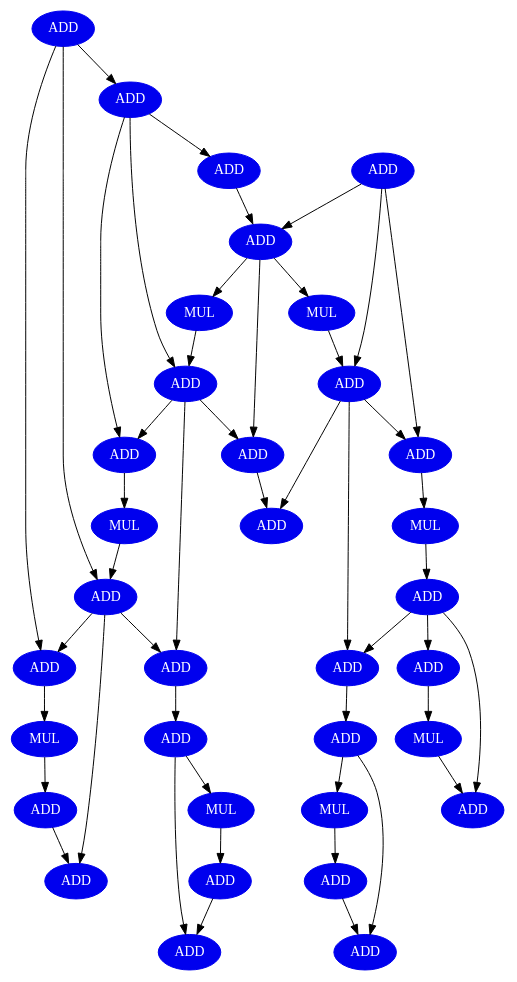
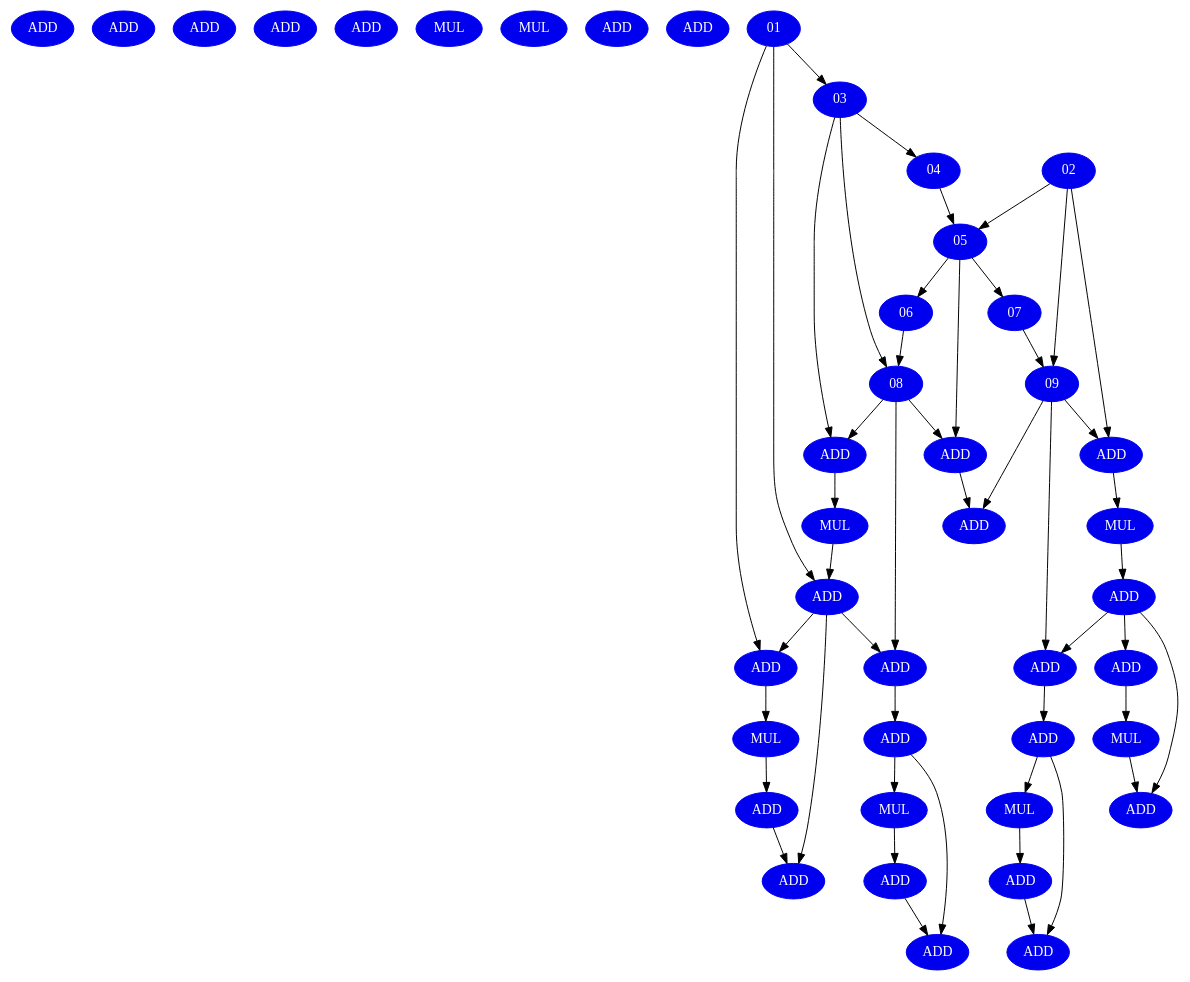
The diagram in benchmark/ewf.dot (zephyr2k/project_nitd_clock), drawn with Graphviz before and after one commit. The commit also changed 1 other file, not shown here.

```diff
--- a/benchmark/ewf.dot
+++ b/benchmark/ewf.dot
@@ -1,84 +1,84 @@
 digraph ewf {
     node [fontcolor=white,style=filled,color=blue2];
      1 [label = ADD ];
      2 [label = ADD ];
      3 [label = ADD ];
      4 [label = ADD ];
      5 [label = ADD ];
      6 [label = MUL ];
      7 [label = MUL ];
      8 [label = ADD ];
      9 [label = ADD ];
      10 [label = ADD ];
      11 [label = ADD ];
      12 [label = ADD ];
      13 [label = MUL ];
      14 [label = ADD ];
      15 [label = MUL ];
      16 [label = ADD ];
      17 [label = ADD ];
      18 [label = ADD ];
      19 [label = ADD ];
      20 [label = ADD ];
      21 [label = ADD ];
      22 [label = MUL ];
      23 [label = ADD ];
      24 [label = ADD ];
      25 [label = MUL ];
      26 [label = ADD ];
      27 [label = MUL ];
      28 [label = MUL ];
      29 [label = ADD ];
      30 [label = ADD ];
      31 [label = ADD ];
      32 [label = ADD ];
      33 [label = ADD ];
      34 [label = ADD ];
-     1 -> 3 [ name=0 ];
-     1 -> 16 [ name=1 ];
-     1 -> 18 [ name=2 ];
-     2 -> 5 [ name=3 ];
-     2 -> 9 [ name=4 ];
-     2 -> 12 [ name=5 ];
-     3 -> 4 [ name=6 ];
-     3 -> 8 [ name=7 ];
-     3 -> 10 [ name=8 ];
-     4 -> 5 [ name=9 ];
-     5 -> 6 [ name=10 ];
-     5 -> 7 [ name=11 ];
-     5 -> 11 [ name=12 ];
-     6 -> 8 [ name=13 ];
-     7 -> 9 [ name=14 ];
-     8 -> 10 [ name=15 ];
-     8 -> 11 [ name=16 ];
-     8 -> 19 [ name=17 ];
-     9 -> 12 [ name=18 ];
-     9 -> 14 [ name=19 ];
-     9 -> 20 [ name=20 ];
+     01 -> 03 [ name=0 ];
+     01 -> 16 [ name=1 ];
+     01 -> 18 [ name=2 ];
+     02 -> 05 [ name=3 ];
+     02 -> 09 [ name=4 ];
+     02 -> 12 [ name=5 ];
+     03 -> 04 [ name=6 ];
+     03 -> 08 [ name=7 ];
+     03 -> 10 [ name=8 ];
+     04 -> 05 [ name=9 ];
+     05 -> 06 [ name=10 ];
+     05 -> 07 [ name=11 ];
+     05 -> 11 [ name=12 ];
+     06 -> 08 [ name=13 ];
+     07 -> 09 [ name=14 ];
+     08 -> 10 [ name=15 ];
+     08 -> 11 [ name=16 ];
+     08 -> 19 [ name=17 ];
+     09 -> 12 [ name=18 ];
+     09 -> 14 [ name=19 ];
+     09 -> 20 [ name=20 ];
      10 -> 13 [ name=21 ];
      11 -> 14 [ name=22 ];
      12 -> 15 [ name=23 ];
      13 -> 16 [ name=24 ];
      15 -> 17 [ name=25 ];
      16 -> 18 [ name=26 ];
      16 -> 19 [ name=27 ];
      16 -> 30 [ name=28 ];
      17 -> 20 [ name=29 ];
      17 -> 21 [ name=30 ];
      17 -> 29 [ name=31 ];
      18 -> 22 [ name=32 ];
      19 -> 23 [ name=33 ];
      20 -> 24 [ name=34 ];
      21 -> 25 [ name=35 ];
      22 -> 26 [ name=36 ];
      23 -> 27 [ name=37 ];
      23 -> 33 [ name=38 ];
      24 -> 28 [ name=39 ];
      24 -> 34 [ name=40 ];
      25 -> 29 [ name=41 ];
      26 -> 30 [ name=42 ];
      27 -> 31 [ name=43 ];
      28 -> 32 [ name=44 ];
      31 -> 33 [ name=45 ];
      32 -> 34 [ name=46 ];
 }
```
